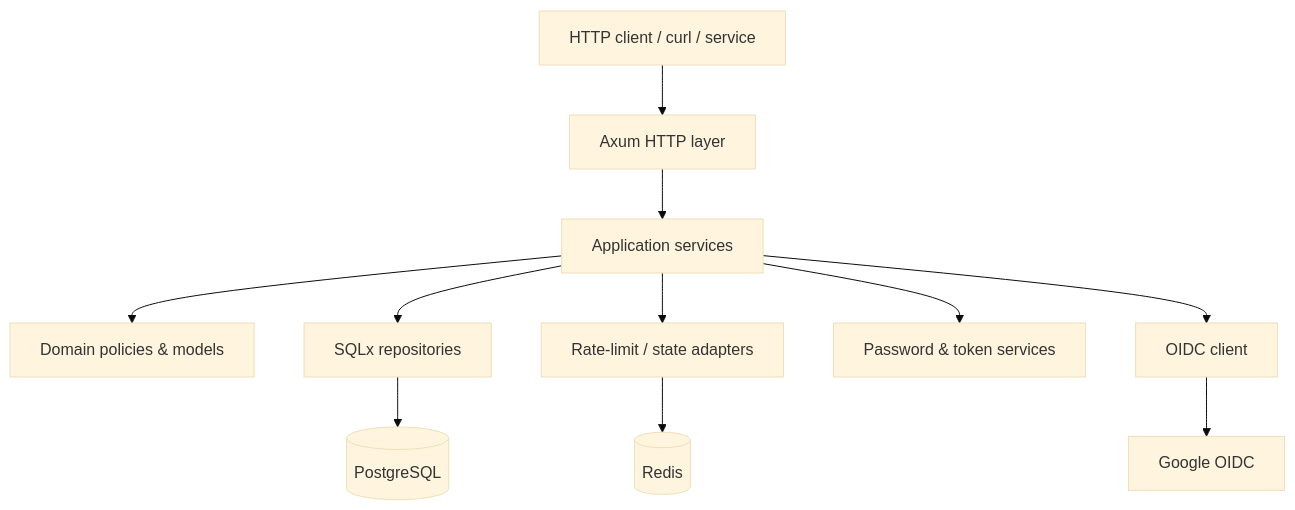
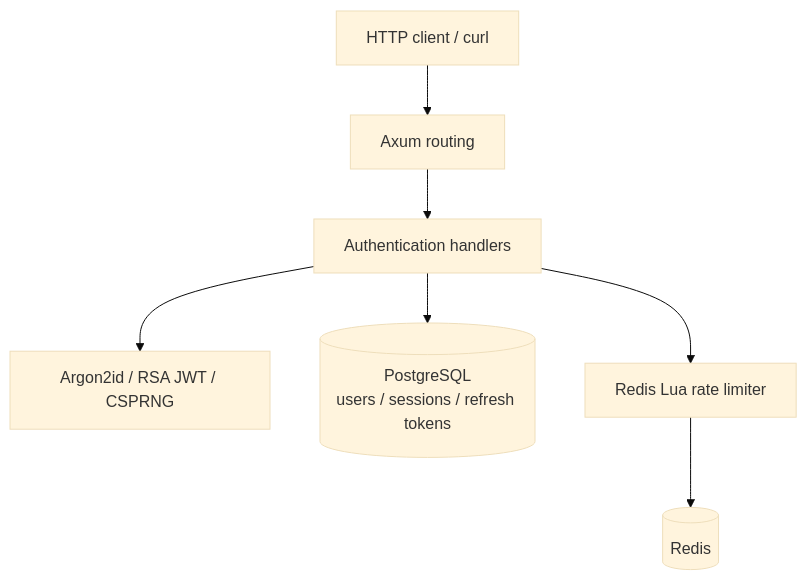
The diagram in README.md (PLNastalli/AuthCore), drawn with Mermaid (base theme) before and after one commit. The commit also changed other lines of this file, not shown here.

Commit message:
docs: document implemented AuthCore scope and verified setup constraints

````diff
--- a/README.md
+++ b/README.md
@@ -72,13 +48,9 @@
 ```mermaid
 flowchart TB
-    Client["HTTP client / curl / service"] --> HTTP["Axum HTTP layer"]
-    HTTP --> APP["Application services"]
-    APP --> DOMAIN["Domain policies & models"]
-    APP --> REPO["SQLx repositories"]
-    APP --> CACHE["Rate-limit / state adapters"]
-    APP --> CRYPTO["Password & token services"]
-    APP --> OIDC["OIDC client"]
-    REPO --> PG[("PostgreSQL")]
-    CACHE --> REDIS[("Redis")]
-    OIDC --> GOOGLE["Google OIDC"]
+    HTTP["HTTP client / curl"] --> ROUTER["Axum routing"]
+    ROUTER --> AUTH["Authentication handlers"]
+    AUTH --> CRYPTO["Argon2id / RSA JWT / CSPRNG"]
+    AUTH --> PG[("PostgreSQL<br/>users / sessions / refresh tokens")]
+    AUTH --> LIMIT["Redis Lua rate limiter"]
+    LIMIT --> REDIS[("Redis")]
 ```
````
